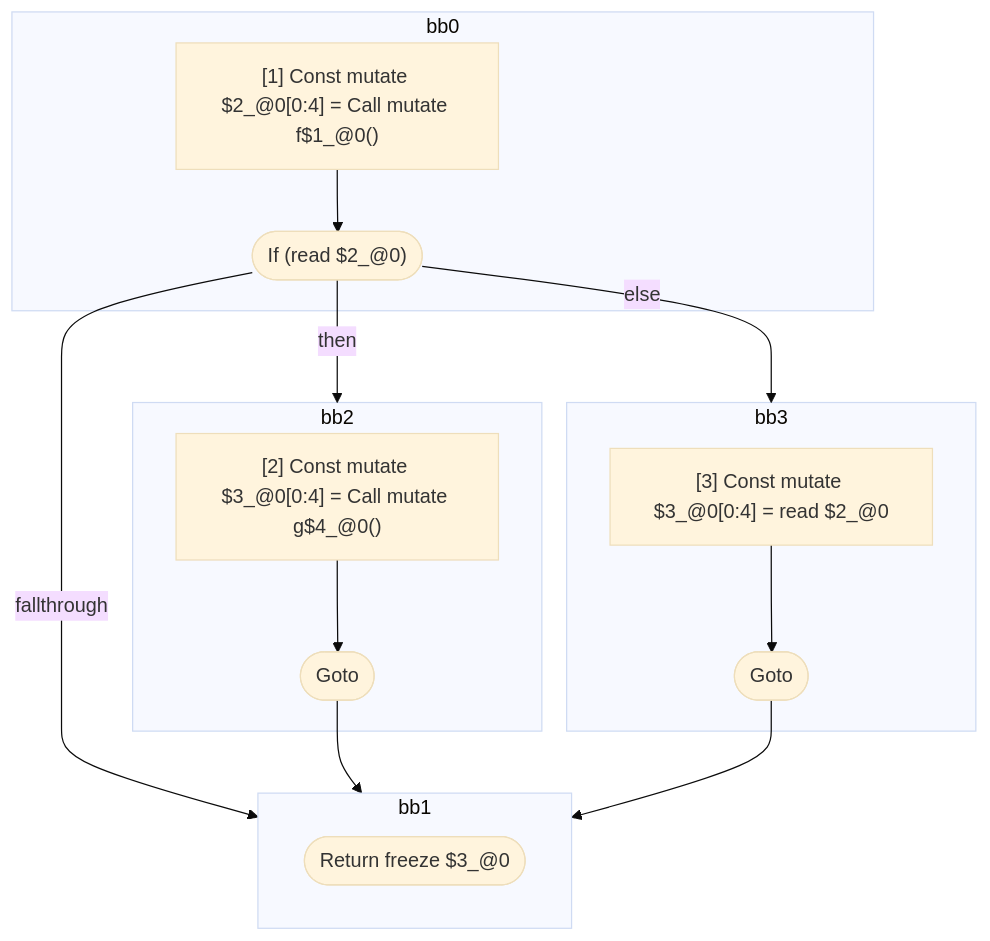
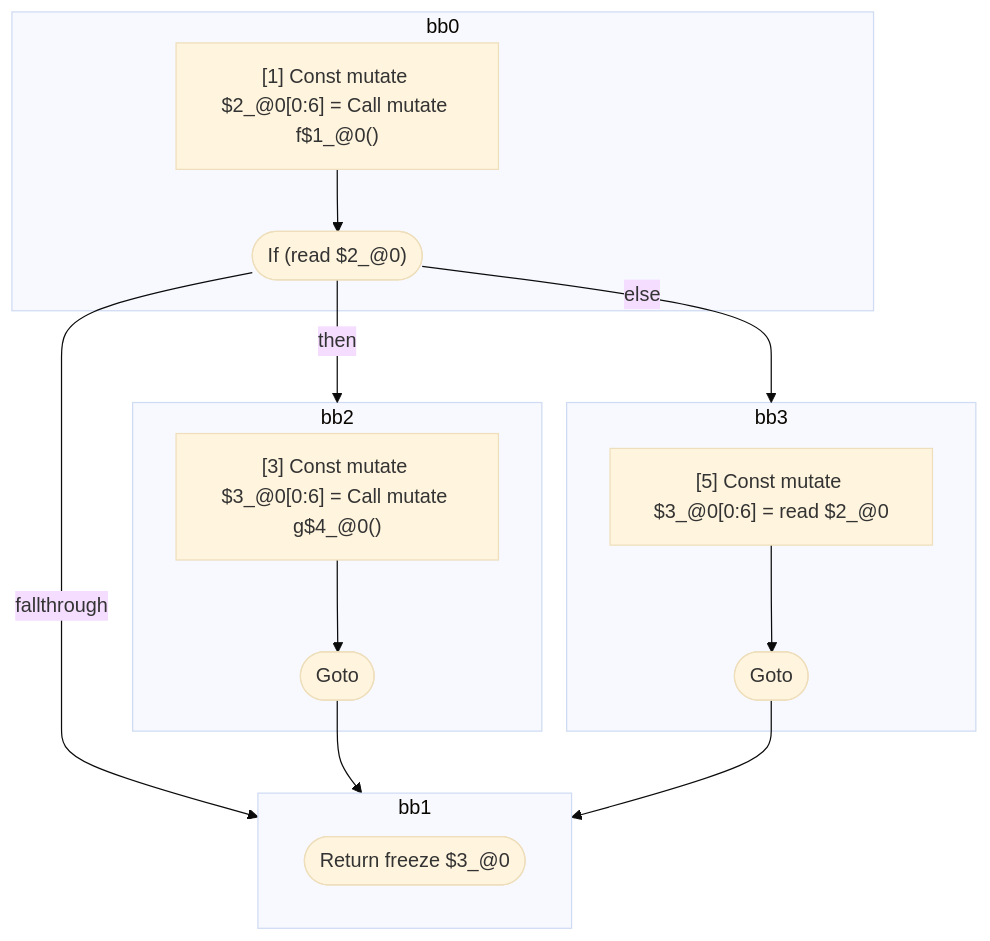
Before and after one commit to wutsmog/private: the first of 5 diagrams in compiler/forget/src/__tests__/fixtures/hir/logical-expression.expect.md, drawn with Mermaid (base theme). The commit also changed other lines of this file and 61 other files, not shown here.

````diff
--- a/compiler/forget/src/__tests__/fixtures/hir/logical-expression.expect.md
+++ b/compiler/forget/src/__tests__/fixtures/hir/logical-expression.expect.md
@@ -43,33 +43,33 @@
 ```mermaid
 flowchart TB
   %% Basic Blocks
   subgraph bb0
     bb0_instrs["
-      [1] Const mutate $2_@0[0:4] = Call mutate f$1_@0()
+      [1] Const mutate $2_@0[0:6] = Call mutate f$1_@0()
     "]
     bb0_instrs --> bb0_terminal(["If (read $2_@0)"])
   end
   subgraph bb2
     bb2_instrs["
-      [2] Const mutate $3_@0[0:4] = Call mutate g$4_@0()
+      [3] Const mutate $3_@0[0:6] = Call mutate g$4_@0()
     "]
     bb2_instrs --> bb2_terminal(["Goto"])
   end
   subgraph bb3
     bb3_instrs["
-      [3] Const mutate $3_@0[0:4] = read $2_@0
+      [5] Const mutate $3_@0[0:6] = read $2_@0
     "]
     bb3_instrs --> bb3_terminal(["Goto"])
   end
   subgraph bb1
     bb1_terminal(["Return freeze $3_@0"])
   end
 
   %% Jumps
   bb0_terminal -- "then" --> bb2
   bb0_terminal -- "else" --> bb3
   bb0_terminal -- "fallthrough" --> bb1
   bb2_terminal --> bb1
   bb3_terminal --> bb1
 
 ```
````
